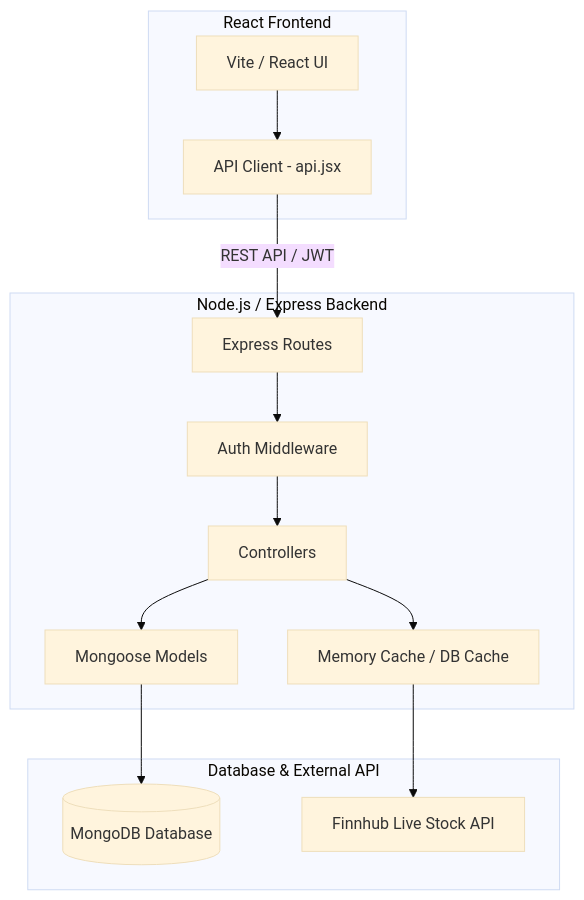
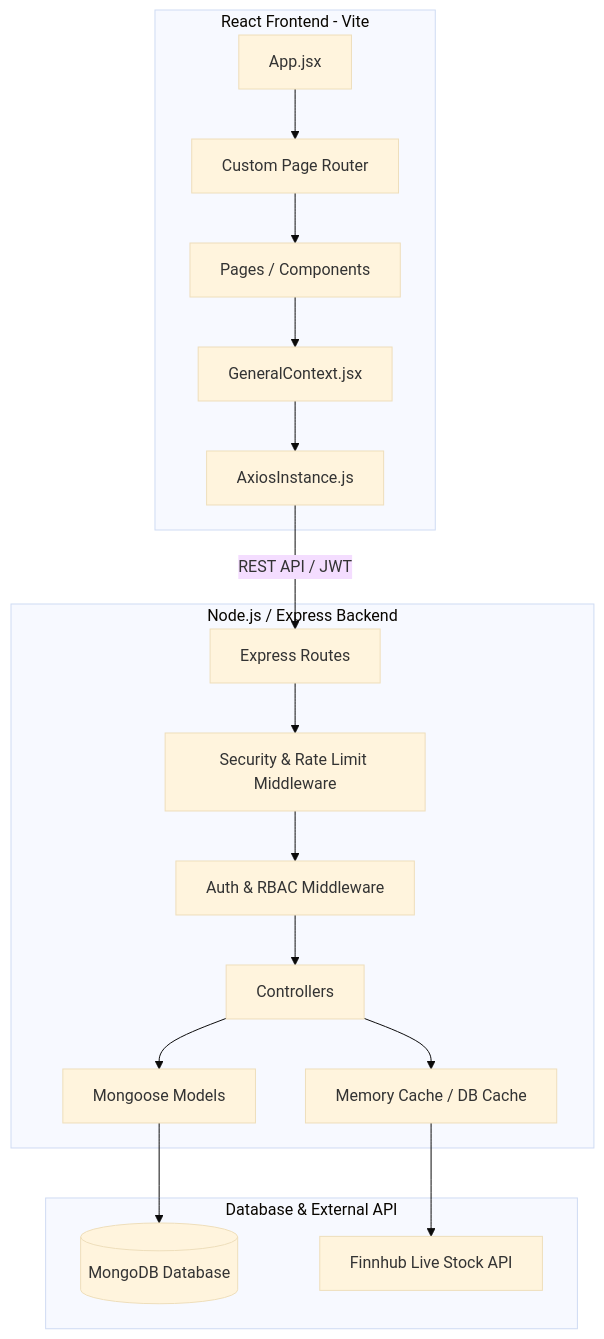
One commit to rakeshreddyannem/stock-trading-app changed the first of 2 diagrams in README.md. Above: the diagram before and after it, drawn with Mermaid (base theme). The commit also changed other lines of this file, not shown here.

Commit message:
Update README.md with modular layout specifications, security mechanisms, admin console details, and installation guide

````diff
--- a/README.md
+++ b/README.md
@@ -11,20 +11,24 @@
 ```mermaid
 graph TD
-    subgraph Client [React Frontend]
-        V[Vite / React UI] --> ApiClient[API Client - api.jsx]
+    subgraph Client [React Frontend - Vite]
+        App[App.jsx] --> Router[Custom Page Router]
+        Router --> Pages[Pages / Components]
+        Pages --> Context[GeneralContext.jsx]
+        Context --> Axios[AxiosInstance.js]
     end
 
     subgraph Server [Node.js / Express Backend]
-        Router[Express Routes] --> Middleware[Auth Middleware]
-        Middleware --> Controller[Controllers]
+        Routes[Express Routes] --> SecMiddle[Security & Rate Limit Middleware]
+        SecMiddle --> AuthMiddle[Auth & RBAC Middleware]
+        AuthMiddle --> Controller[Controllers]
         Controller --> Models[Mongoose Models]
         Controller --> Cache[Memory Cache / DB Cache]
     end
 
     subgraph Database [Database & External API]
         Models --> MongoDB[("MongoDB Database")]
         Cache --> Finnhub[Finnhub Live Stock API]
     end
 
-    ApiClient -- REST API / JWT --> Router
+    Axios -- REST API / JWT --> Routes
 ```
````
